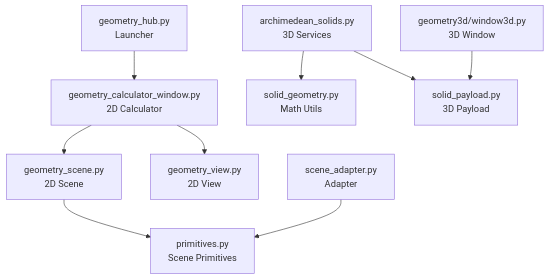
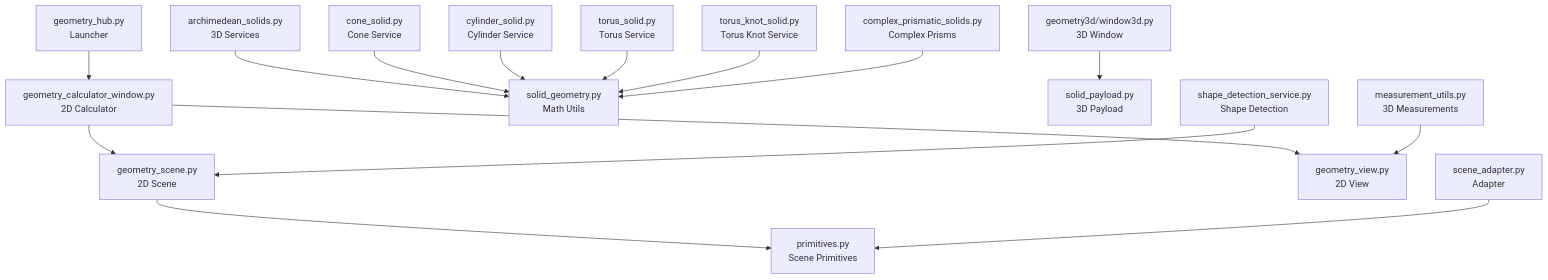
The second of 8 diagrams in .qoder/repowiki/en/content/Architecture Overview/Pillar-Based Architecture/Geometry Pillar/Geometry Pillar.md (TheDaniel166/IsopGem), drawn with Mermaid before and after one commit. The commit also changed other lines of this file and 29 other files, not shown here.

````diff
--- a/.qoder/repowiki/en/content/Architecture Overview/Pillar-Based Architecture/Geometry Pillar/Geometry Pillar.md
+++ b/.qoder/repowiki/en/content/Architecture Overview/Pillar-Based Architecture/Geometry Pillar/Geometry Pillar.md
@@ -148,21 +202,34 @@
 ```mermaid
 graph TB
 GH["geometry_hub.py<br/>Launcher"]
 GCW["geometry_calculator_window.py<br/>2D Calculator"]
 GSC["geometry_scene.py<br/>2D Scene"]
 GV["geometry_view.py<br/>2D View"]
 SA["scene_adapter.py<br/>Adapter"]
 PR["primitives.py<br/>Scene Primitives"]
 AS["archimedean_solids.py<br/>3D Services"]
 SG["solid_geometry.py<br/>Math Utils"]
 SP["solid_payload.py<br/>3D Payload"]
 W3D["geometry3d/window3d.py<br/>3D Window"]
+CS["cone_solid.py<br/>Cone Service"]
+CY["cylinder_solid.py<br/>Cylinder Service"]
+TS["torus_solid.py<br/>Torus Service"]
+TK["torus_knot_solid.py<br/>Torus Knot Service"]
+CPS["complex_prismatic_solids.py<br/>Complex Prisms"]
+SD["shape_detection_service.py<br/>Shape Detection"]
+MU["measurement_utils.py<br/>3D Measurements"]
 GH --> GCW
 GCW --> GSC
 GCW --> GV
 GSC --> PR
 SA --> PR
 AS --> SG
-AS --> SP
+CS --> SG
+CY --> SG
+TS --> SG
+TK --> SG
+CPS --> SG
 W3D --> SP
+SD --> GSC
+MU --> GV
 ```
````
